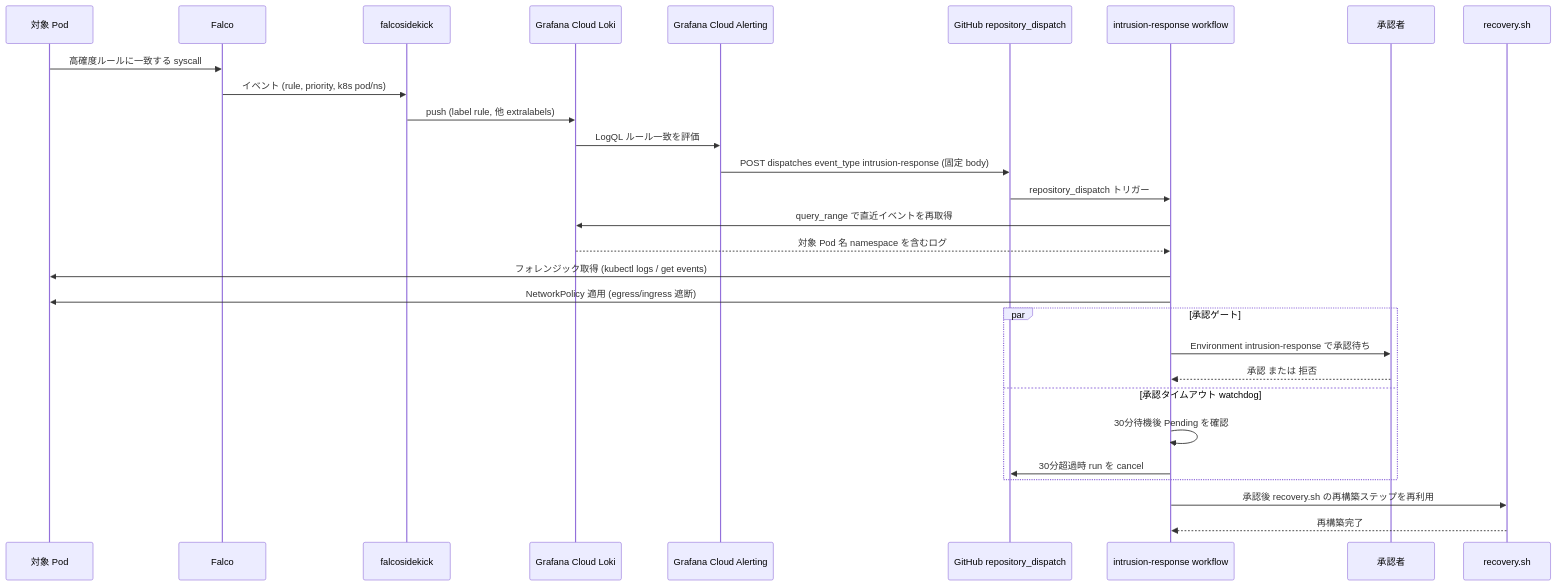
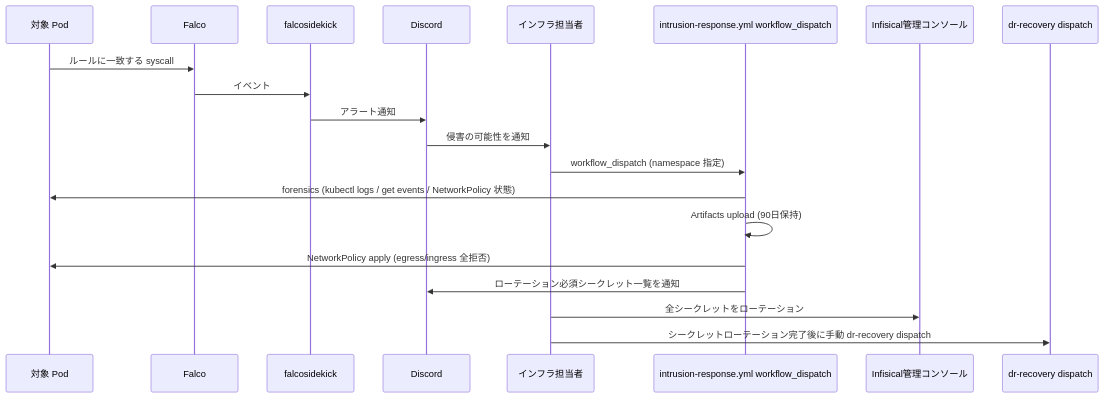
One commit to aramakisai/aramakisai-infra changed the third of 4 diagrams in .kiro/specs/dr-automation/design.md. Above: the diagram before and after it, drawn with Mermaid. The commit also changed other lines of this file and 3 other files, not shown here.

````diff
--- a/.kiro/specs/dr-automation/design.md
+++ b/.kiro/specs/dr-automation/design.md
@@ -163,35 +186,25 @@
 ```mermaid
 sequenceDiagram
     participant Pod as 対象 Pod
     participant Falco
     participant Sidekick as falcosidekick
-    participant Loki as Grafana Cloud Loki
-    participant Alert as Grafana Cloud Alerting
-    participant GH as GitHub repository_dispatch
-    participant IR as intrusion-response workflow
-    participant Reviewer as 承認者
-    participant Recovery as recovery.sh
+    participant Discord
+    participant Operator as インフラ担当者
+    participant IR as intrusion-response.yml workflow_dispatch
+    participant Infisical as Infisical管理コンソール
+    participant GH as dr-recovery dispatch
 
-    Pod->>Falco: 高確度ルールに一致する syscall
-    Falco->>Sidekick: イベント (rule, priority, k8s pod/ns)
-    Sidekick->>Loki: push (label rule, 他 extralabels)
-    Loki->>Alert: LogQL ルール一致を評価
-    Alert->>GH: POST dispatches event_type intrusion-response (固定 body)
-    GH->>IR: repository_dispatch トリガー
+    Pod->>Falco: ルールに一致する syscall
+    Falco->>Sidekick: イベント
+    Sidekick->>Discord: アラート通知
+    Discord->>Operator: 侵害の可能性を通知
+    Operator->>IR: workflow_dispatch (namespace 指定)
 
-    IR->>Loki: query_range で直近イベントを再取得
-    Loki-->>IR: 対象 Pod 名 namespace を含むログ
-    IR->>Pod: フォレンジック取得 (kubectl logs / get events)
-    IR->>Pod: NetworkPolicy 適用 (egress/ingress 遮断)
+    IR->>Pod: forensics (kubectl logs / get events / NetworkPolicy 状態)
+    IR->>IR: Artifacts upload (90日保持)
+    IR->>Pod: NetworkPolicy apply (egress/ingress 全拒否)
+    IR->>Discord: ローテーション必須シークレット一覧を通知
 
-    par 承認ゲート
-        IR->>Reviewer: Environment intrusion-response で承認待ち
-        Reviewer-->>IR: 承認 または 拒否
-    and 承認タイムアウト watchdog
-        IR->>IR: 30分待機後 Pending を確認
-        IR->>GH: 30分超過時 run を cancel
-    end
-
-    IR->>Recovery: 承認後 recovery.sh の再構築ステップを再利用
-    Recovery-->>IR: 再構築完了
+    Operator->>Infisical: 全シークレットをローテーション
+    Operator->>GH: シークレットローテーション完了後に手動 dr-recovery dispatch
 ```
````
